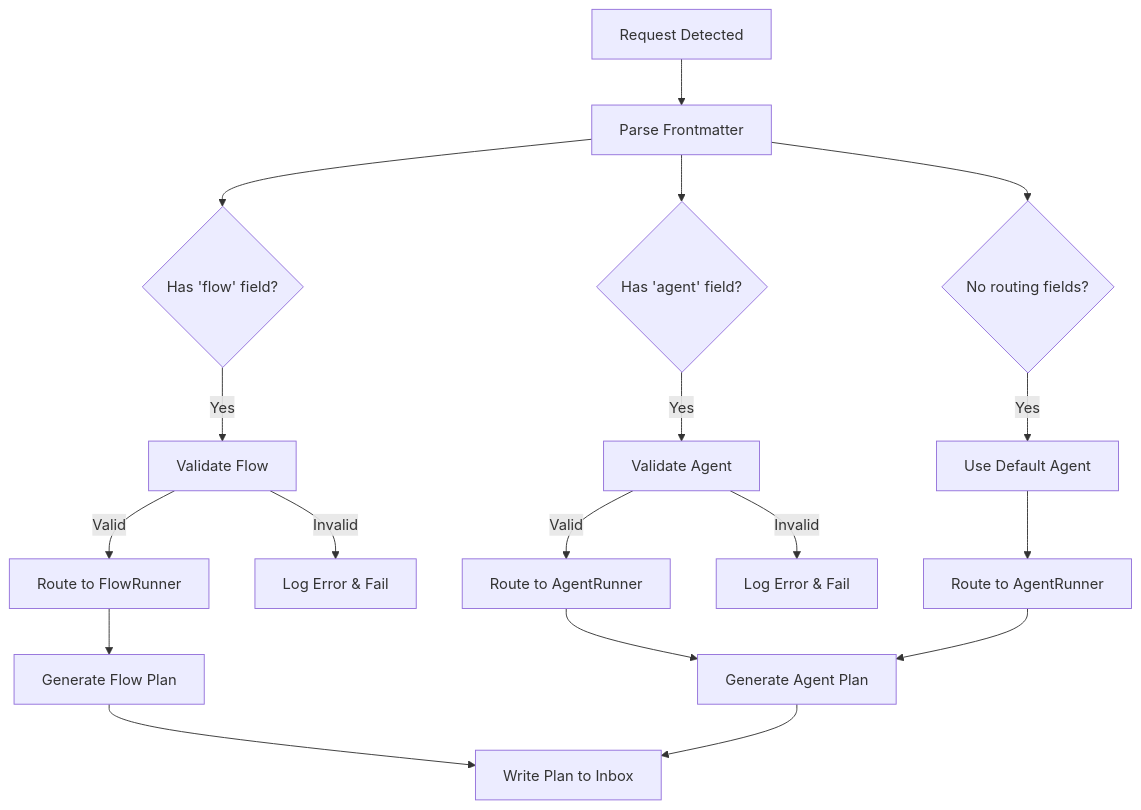
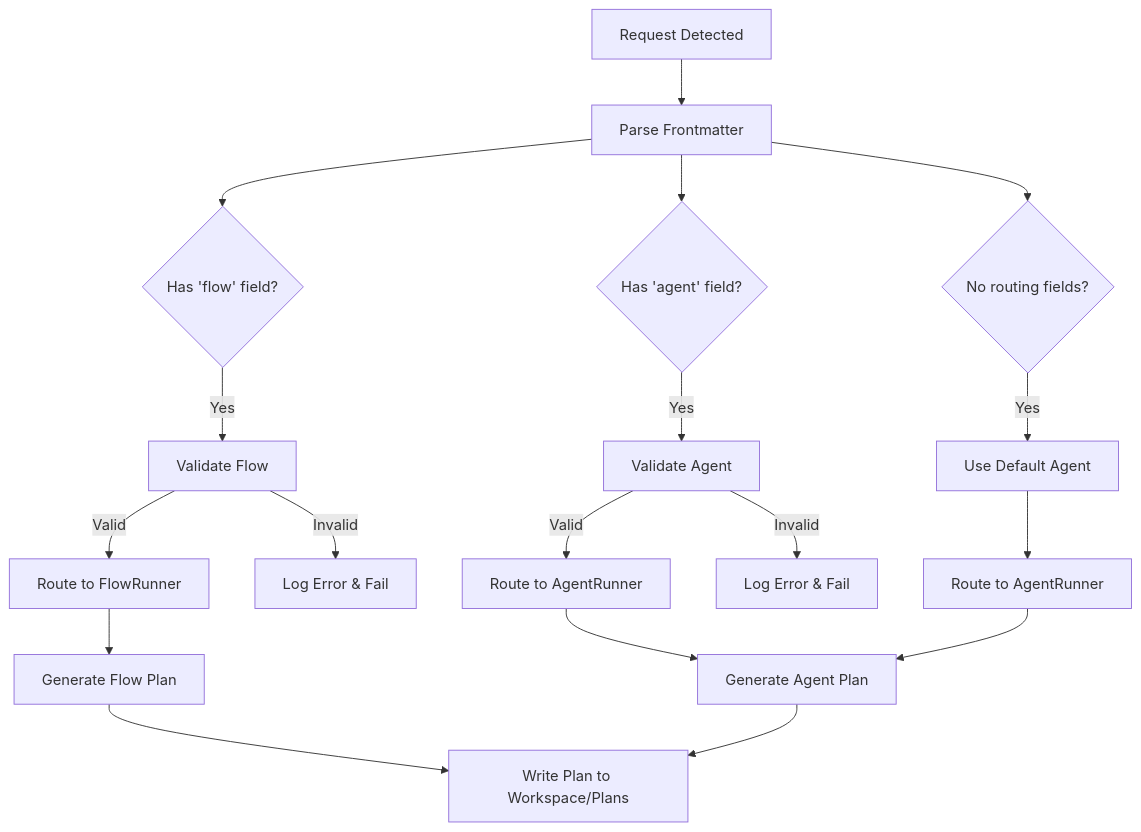
The third of 18 diagrams in docs/ExoFrame_Architecture.md (dostark/exoframe-public), drawn with Mermaid before and after one commit. The commit also changed other lines of this file and 212 other files, not shown here.

````diff
--- a/docs/ExoFrame_Architecture.md
+++ b/docs/ExoFrame_Architecture.md
@@ -268,25 +268,25 @@
 ```mermaid
 graph TD
     A[Request Detected] --> B[Parse Frontmatter]
     B --> C{Has 'flow' field?}
     B --> D{Has 'agent' field?}
     B --> E{No routing fields?}
 
     C -->|Yes| F[Validate Flow]
     F -->|Valid| G[Route to FlowRunner]
     F -->|Invalid| H[Log Error & Fail]
 
     D -->|Yes| I[Validate Agent]
     I -->|Valid| J[Route to AgentRunner]
     I -->|Invalid| K[Log Error & Fail]
 
     E -->|Yes| L[Use Default Agent]
     L --> M[Route to AgentRunner]
 
     G --> N[Generate Flow Plan]
     J --> O[Generate Agent Plan]
     M --> O
 
-    N --> P[Write Plan to Inbox]
+    N --> P[Write Plan to Workspace/Plans]
     O --> P
 ```
````
